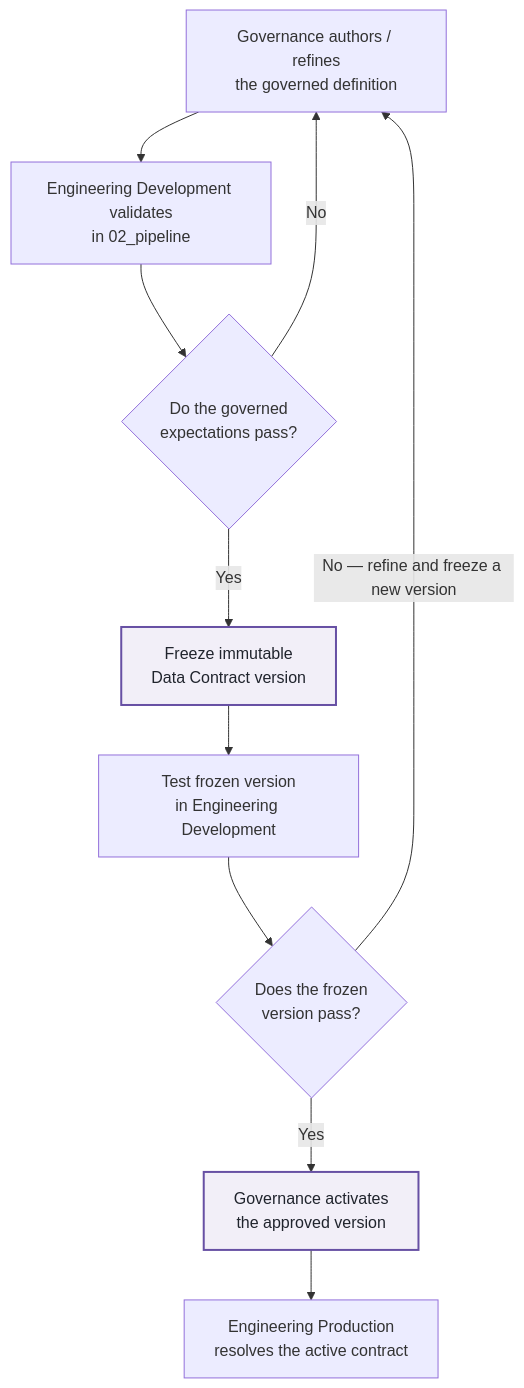
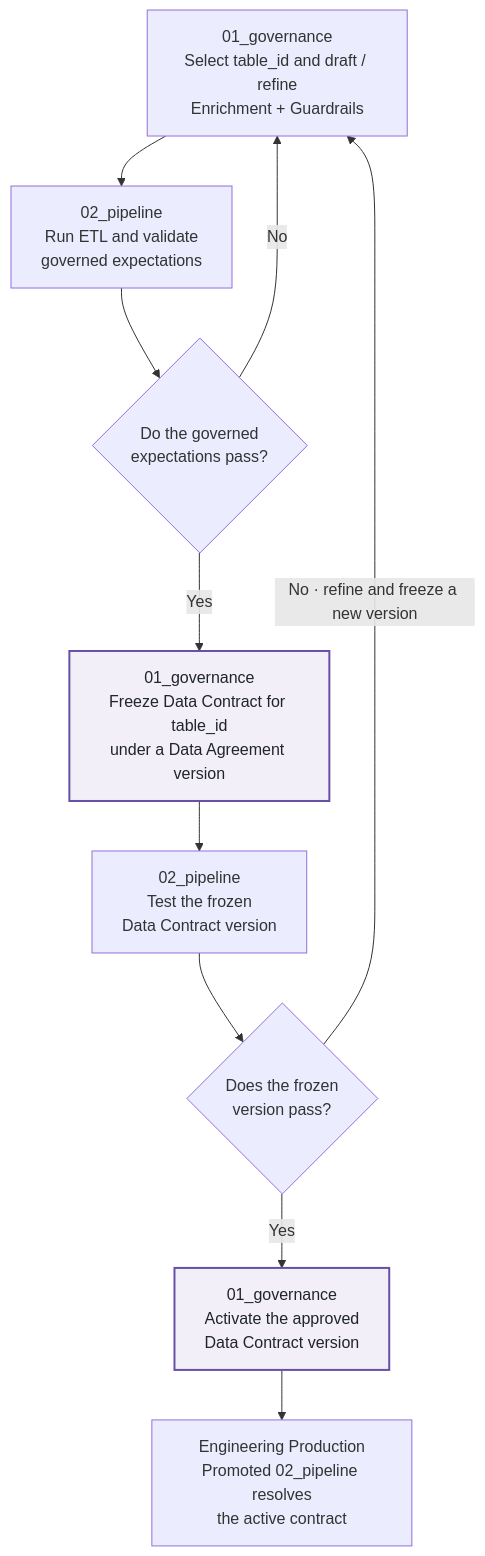
The diagram in docs/how-fabricops-works.md (Voycepeh/FabricOps-Starter-Kit), drawn with Mermaid before and after one commit. The commit also changed other lines of this file, not shown here.

````diff
--- a/docs/how-fabricops-works.md
+++ b/docs/how-fabricops-works.md
@@ -152,24 +152,24 @@
 ```mermaid
 flowchart TB
-    GOVERN["Governance authors / refines<br/>the governed definition"]
-    VALIDATE["Engineering Development validates<br/>in 02_pipeline"]
+    GOVERN["01_governance<br/>Select table_id and draft / refine<br/>Enrichment + Guardrails"]
+    VALIDATE["02_pipeline<br/>Run ETL and validate<br/>governed expectations"]
     PASS{"Do the governed<br/>expectations pass?"}
-    FREEZE["Freeze immutable<br/>Data Contract version"]
-    TEST["Test frozen version<br/>in Engineering Development"]
+    FREEZE["01_governance<br/>Freeze Data Contract for table_id<br/>under a Data Agreement version"]
+    TEST["02_pipeline<br/>Test the frozen<br/>Data Contract version"]
     FROZEN_PASS{"Does the frozen<br/>version pass?"}
-    ACTIVATE["Governance activates<br/>the approved version"]
-    PROD["Engineering Production<br/>resolves the active contract"]
+    ACTIVATE["01_governance<br/>Activate the approved<br/>Data Contract version"]
+    PROD["Engineering Production<br/>Promoted 02_pipeline resolves<br/>the active contract"]
 
     GOVERN --> VALIDATE
     VALIDATE --> PASS
     PASS -- "No" --> GOVERN
     PASS -- "Yes" --> FREEZE
     FREEZE --> TEST
     TEST --> FROZEN_PASS
-    FROZEN_PASS -- "No — refine and freeze a new version" --> GOVERN
+    FROZEN_PASS -- "No · refine and freeze a new version" --> GOVERN
     FROZEN_PASS -- "Yes" --> ACTIVATE
     ACTIVATE --> PROD
 
     classDef focal fill:#f2eff8,stroke:#6750a4,stroke-width:2px,color:#20242d;
     class FREEZE,ACTIVATE focal;
 ```
````
